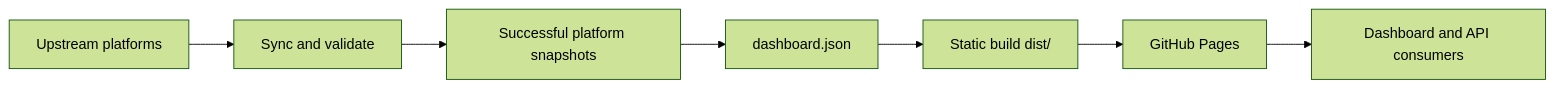
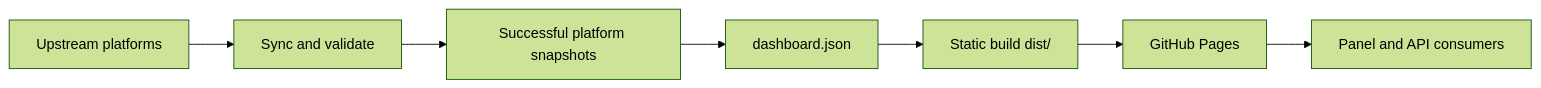
The diagram in README.md (xw7qwq/oj), drawn with Mermaid (forest theme) before and after one commit. The commit also changed other lines of this file and 12 other files, not shown here.

````diff
--- a/README.md
+++ b/README.md
@@ -169,9 +170,9 @@
 ```mermaid
 flowchart LR
     A[Upstream platforms] --> S[Sync and validate]
     S --> C[Successful platform snapshots]
     C --> J[dashboard.json]
     J --> B[Static build dist/]
     B --> P[GitHub Pages]
-    P --> U[Dashboard and API consumers]
+    P --> U[Panel and API consumers]
 ```
````
